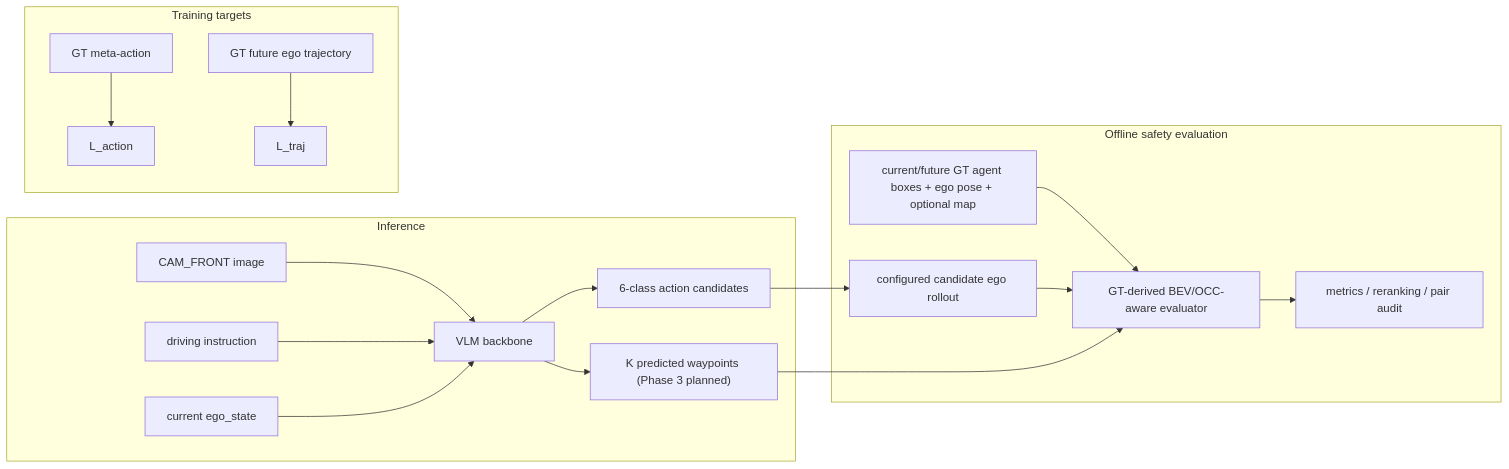
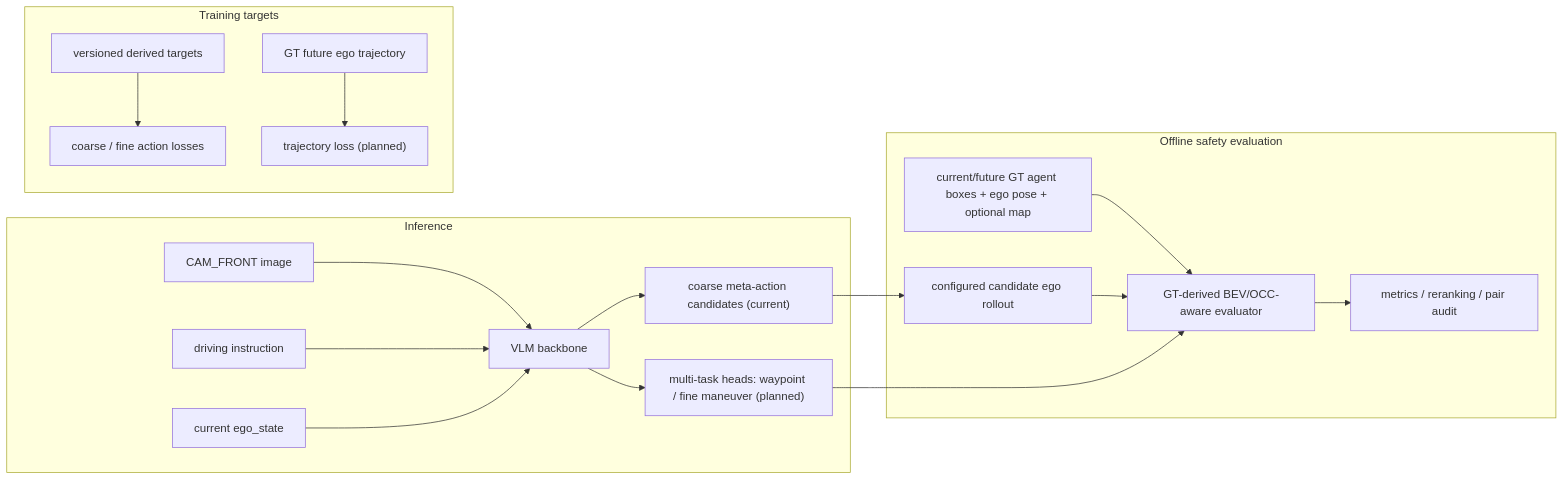
One commit to TNAG031231/4vla_learning changed the diagram in project_mvp_plan.md. Above: the diagram before and after it, drawn with Mermaid. The commit also changed other lines of this file and 2 other files, not shown here.

Commit message:
docs: revise roadmap for scalable coarse-to-fine VLA

````diff
--- a/project_mvp_plan.md
+++ b/project_mvp_plan.md
@@ -28,23 +30,23 @@
 ```mermaid
 flowchart LR
     subgraph Inference
         A["CAM_FRONT image"] --> D["VLM backbone"]
         B["driving instruction"] --> D
         C["current ego_state"] --> D
-        D --> E["6-class action candidates"]
-        D --> F["K predicted waypoints (Phase 3 planned)"]
+        D --> E["coarse meta-action candidates (current)"]
+        D --> F["multi-task heads: waypoint / fine maneuver (planned)"]
     end
 
     subgraph Training targets
-        G["GT meta-action"] --> H["L_action"]
-        I["GT future ego trajectory"] --> J["L_traj"]
+        G["versioned derived targets"] --> H["coarse / fine action losses"]
+        I["GT future ego trajectory"] --> J["trajectory loss (planned)"]
     end
 
     subgraph Offline safety evaluation
         K["current/future GT agent boxes + ego pose + optional map"] --> L["GT-derived BEV/OCC-aware evaluator"]
         E --> M["configured candidate ego rollout"]
         M --> L
         F --> L
         L --> N["metrics / reranking / pair audit"]
     end
 ```
````
